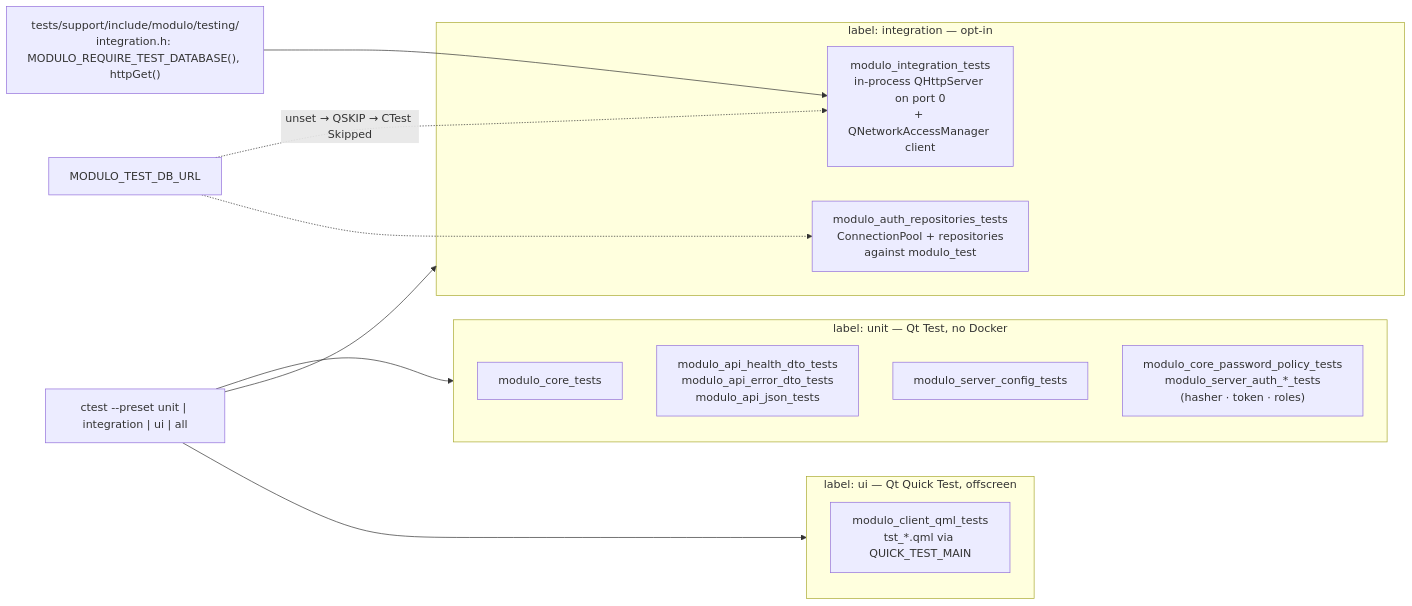
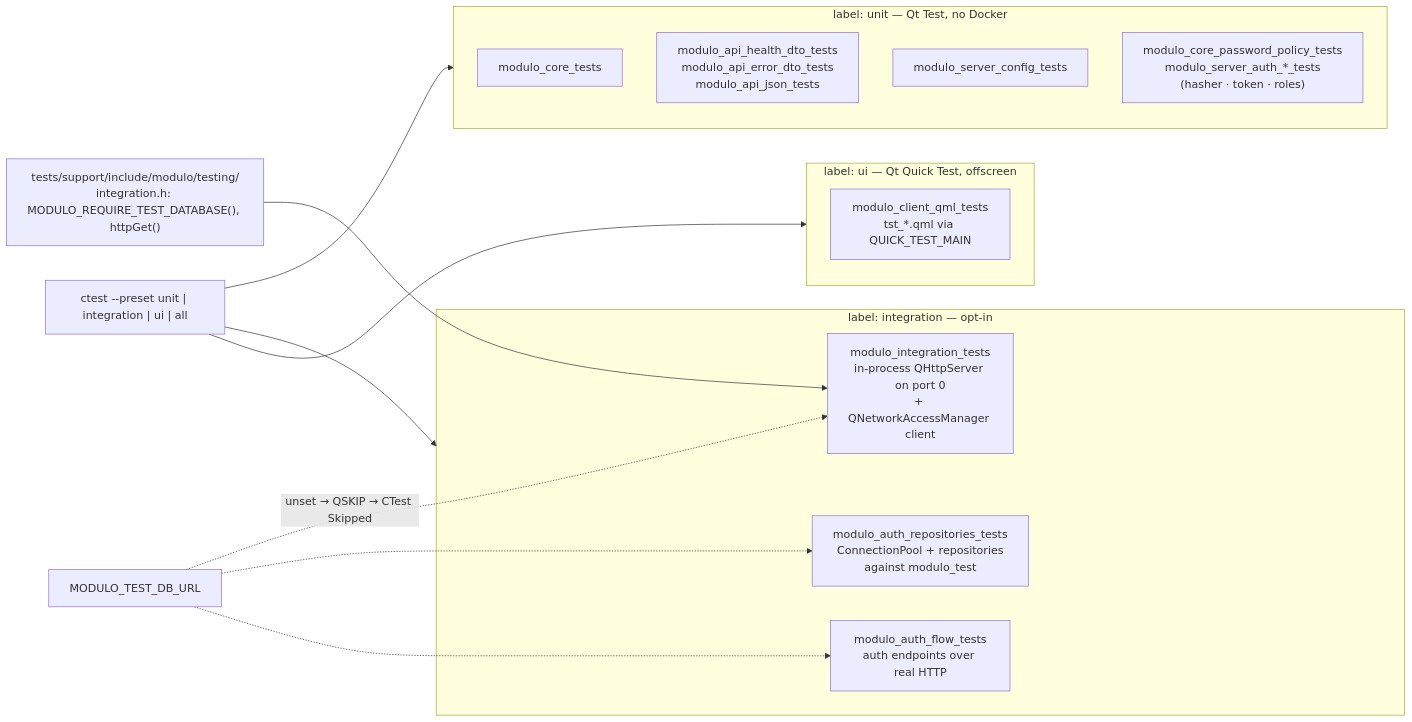
Before and after one commit to angelobarbu/Modulo: the seventh of 7 diagrams in docs/high_level_design.md, drawn with Mermaid. The commit also changed other lines of this file and 28 other files, not shown here.

Commit message:
Increment 3 - Step 3: Auth HTTP Service & Guard

````diff
--- a/docs/high_level_design.md
+++ b/docs/high_level_design.md
@@ -203,34 +244,37 @@
 ```mermaid
 flowchart LR
     subgraph unit["label: unit — Qt Test, no Docker"]
         t1["modulo_core_tests"]
         t2["modulo_api_health_dto_tests
 modulo_api_error_dto_tests
 modulo_api_json_tests"]
         t3["modulo_server_config_tests"]
         t6["modulo_core_password_policy_tests
 modulo_server_auth_*_tests
 (hasher · token · roles)"]
     end
     subgraph integ["label: integration — opt-in"]
         t4["modulo_integration_tests
 in-process QHttpServer on port 0
 + QNetworkAccessManager client"]
         t7["modulo_auth_repositories_tests
 ConnectionPool + repositories
 against modulo_test"]
+        t8["modulo_auth_flow_tests
+auth endpoints over real HTTP"]
     end
     subgraph ui["label: ui — Qt Quick Test, offscreen"]
         t5["modulo_client_qml_tests
 tst_*.qml via QUICK_TEST_MAIN"]
     end
 
     env["MODULO_TEST_DB_URL"] -. "unset → QSKIP → CTest Skipped" .-> t4
     env -.-> t7
+    env -.-> t8
     support["tests/support/include/modulo/testing/
 integration.h: MODULO_REQUIRE_TEST_DATABASE(), httpGet()"] --> t4
 
     presets["ctest --preset unit | integration | ui | all"] --> unit
     presets --> integ
     presets --> ui
 ```
````
